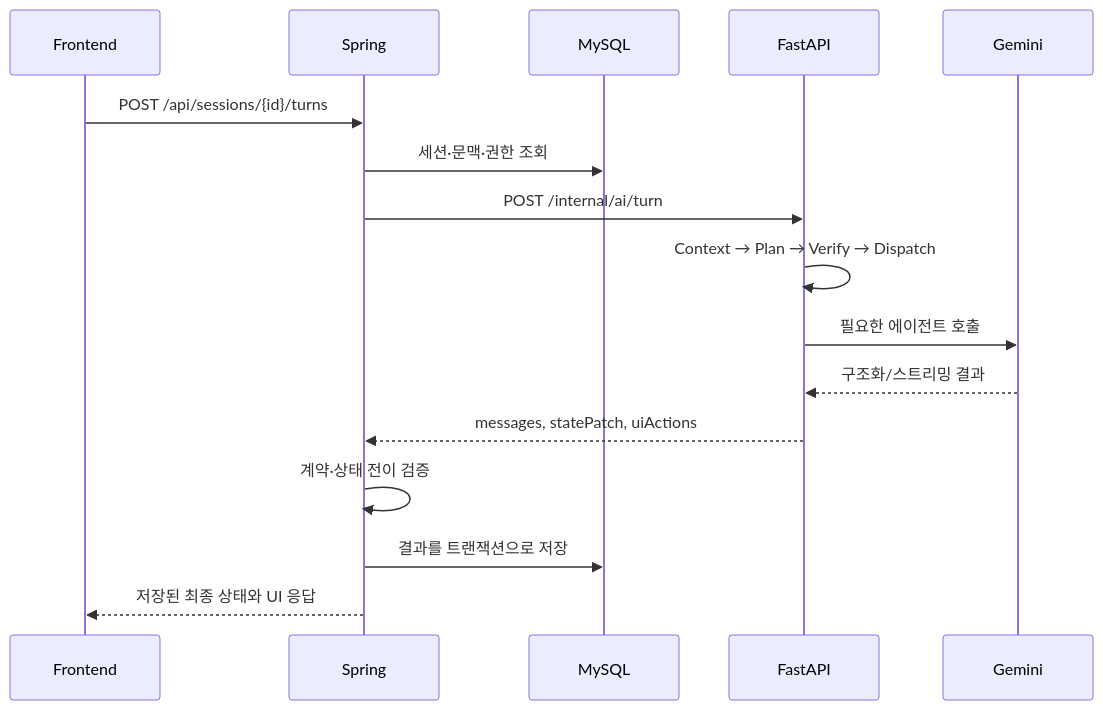
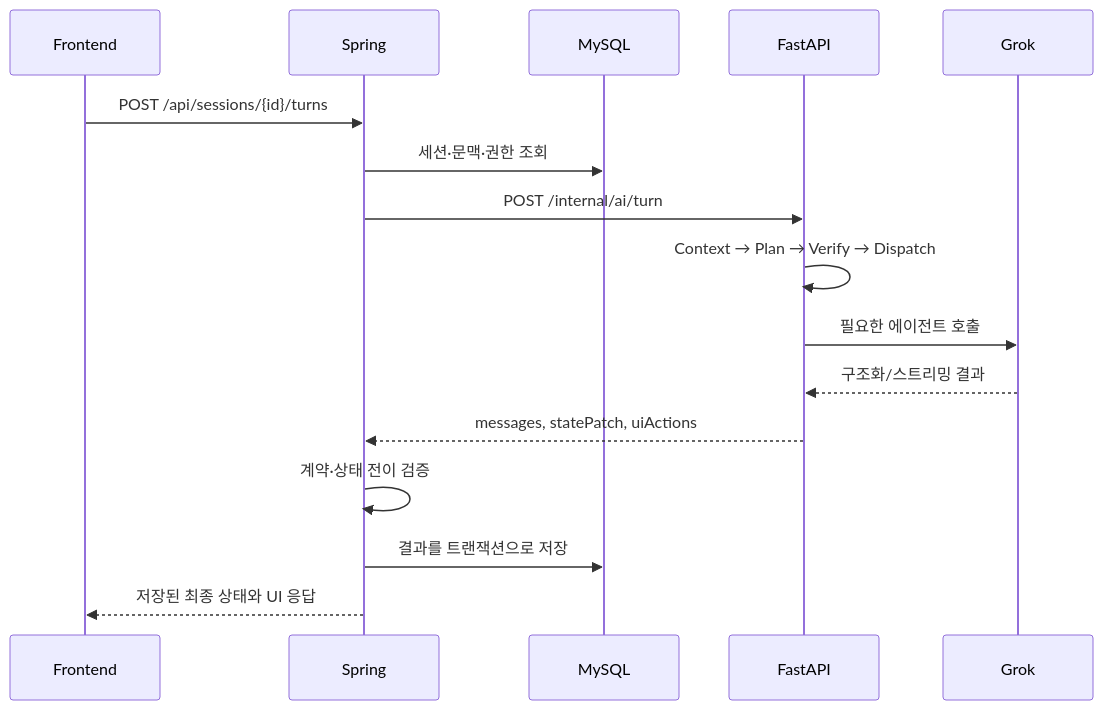
The second of 2 diagrams in docs/architecture.md (AutoAI-UTEUM/BE), drawn with Mermaid before and after one commit. The commit also changed other lines of this file and 20 other files, not shown here.

````diff
--- a/docs/architecture.md
+++ b/docs/architecture.md
@@ -79,19 +79,19 @@
 ```mermaid
 sequenceDiagram
   participant FE as Frontend
   participant BE as Spring
   participant DB as MySQL
   participant AI as FastAPI
-  participant GM as Gemini
+  participant GM as Grok
 
   FE->>BE: POST /api/sessions/{id}/turns
   BE->>DB: 세션·문맥·권한 조회
   BE->>AI: POST /internal/ai/turn
   AI->>AI: Context → Plan → Verify → Dispatch
   AI->>GM: 필요한 에이전트 호출
   GM-->>AI: 구조화/스트리밍 결과
   AI-->>BE: messages, statePatch, uiActions
   BE->>BE: 계약·상태 전이 검증
   BE->>DB: 결과를 트랜잭션으로 저장
   BE-->>FE: 저장된 최종 상태와 UI 응답
 ```
````
